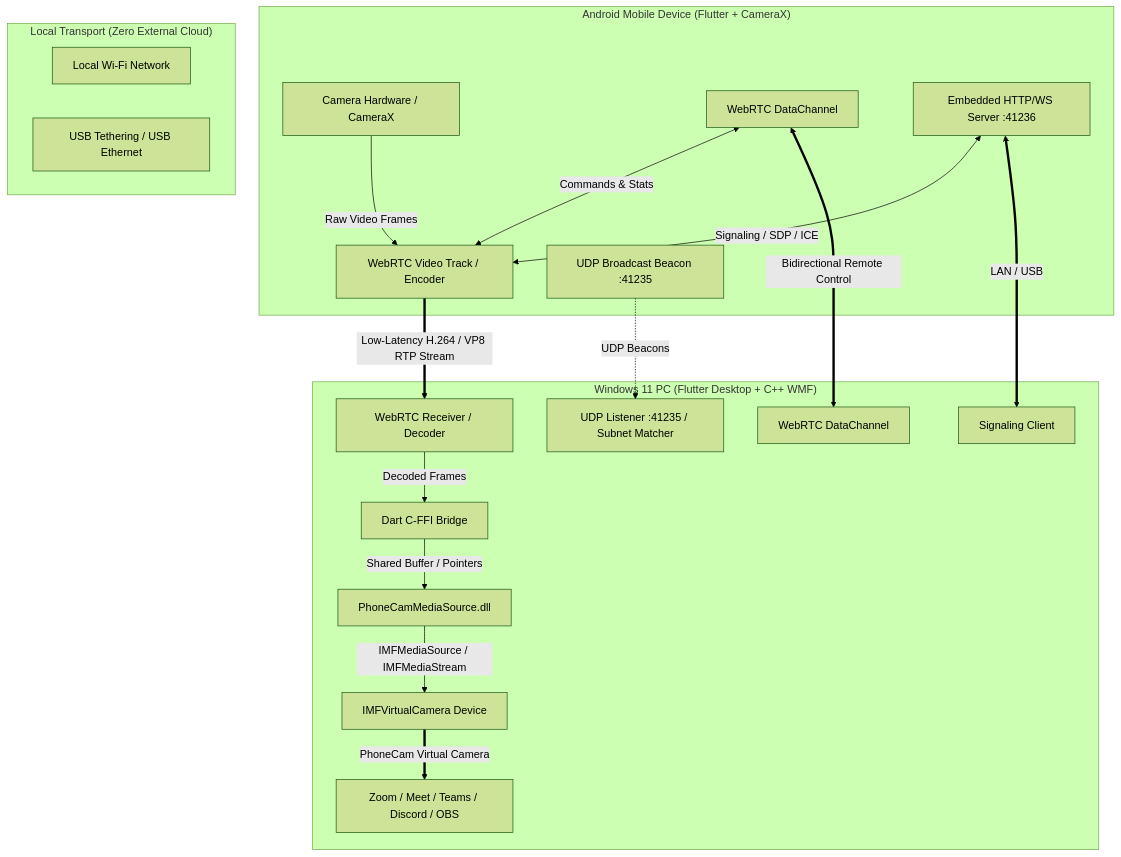
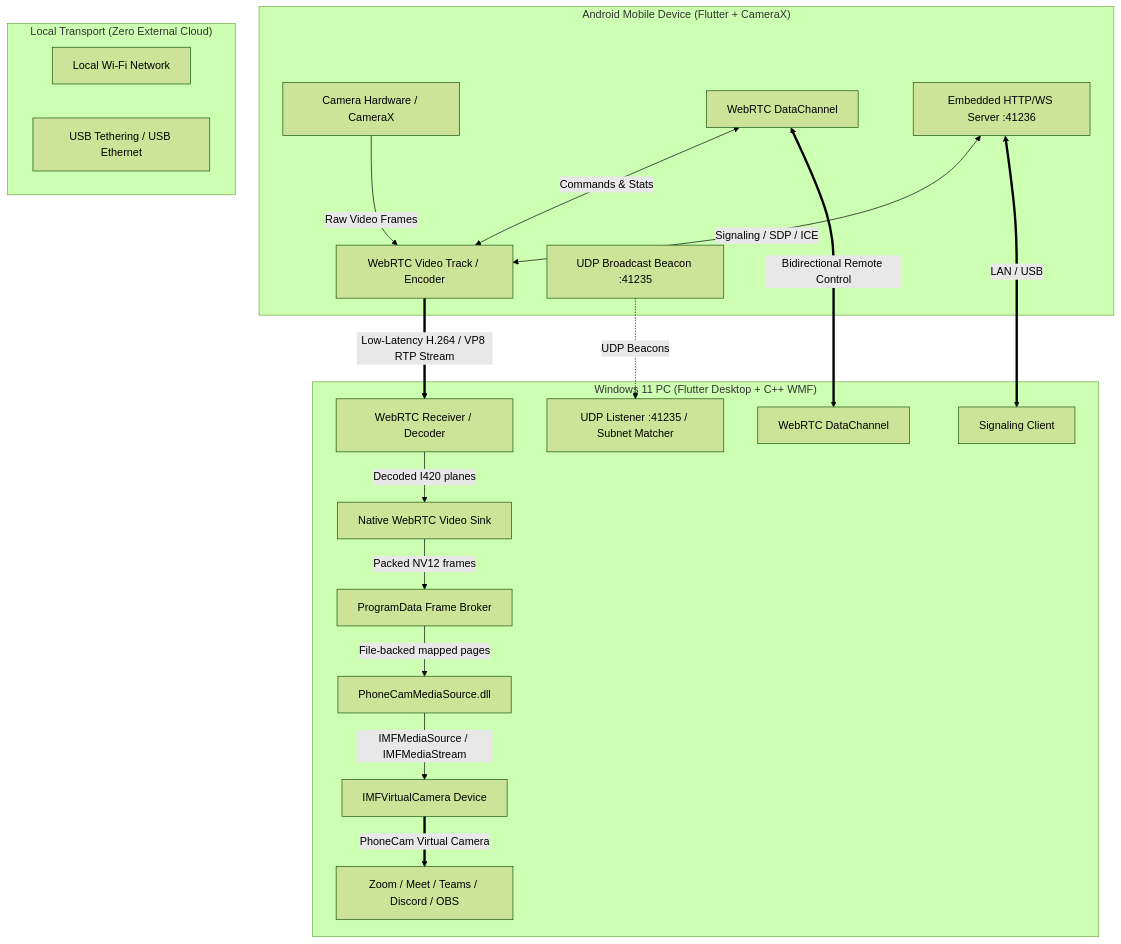
One commit to codepdbh/phonecam changed the diagram in docs/architecture.md. Above: the diagram before and after it, drawn with Mermaid (forest theme). The commit also changed other lines of this file and 210 other files, not shown here.

````diff
--- a/docs/architecture.md
+++ b/docs/architecture.md
@@ -5,34 +5,36 @@
 ```mermaid
 graph TD
     subgraph Android["Android Mobile Device (Flutter + CameraX)"]
         CamX[Camera Hardware / CameraX] -->|Raw Video Frames| WRTC_S[WebRTC Video Track / Encoder]
         DC_S[WebRTC DataChannel] <-->|Commands & Stats| WRTC_S
         SIG_S[Embedded HTTP/WS Server :41236] <-->|Signaling / SDP / ICE| WRTC_S
         DISC_S[UDP Broadcast Beacon :41235]
     end
 
     subgraph Transport["Local Transport (Zero External Cloud)"]
         LAN_WIFI[Local Wi-Fi Network]
         USB_TETH[USB Tethering / USB Ethernet]
     end
 
     subgraph Windows["Windows 11 PC (Flutter Desktop + C++ WMF)"]
         DISC_C[UDP Listener :41235 / Subnet Matcher]
         SIG_C[Signaling Client]
         WRTC_R[WebRTC Receiver / Decoder]
         DC_C[WebRTC DataChannel]
-        FFI[Dart C-FFI Bridge]
+        SINK[Native WebRTC Video Sink]
+        BROKER[ProgramData Frame Broker]
         WMF_DLL[PhoneCamMediaSource.dll]
         VIRT_CAM[IMFVirtualCamera Device]
         APPS[Zoom / Meet / Teams / Discord / OBS]
     end
 
     DISC_S -.->|UDP Beacons| DISC_C
     SIG_S <==>|LAN / USB| SIG_C
     WRTC_S ==>|Low-Latency H.264 / VP8 RTP Stream| WRTC_R
     DC_S <==>|Bidirectional Remote Control| DC_C
-    WRTC_R -->|Decoded Frames| FFI
-    FFI -->|Shared Buffer / Pointers| WMF_DLL
+    WRTC_R -->|Decoded I420 planes| SINK
+    SINK -->|Packed NV12 frames| BROKER
+    BROKER -->|File-backed mapped pages| WMF_DLL
     WMF_DLL -->|IMFMediaSource / IMFMediaStream| VIRT_CAM
     VIRT_CAM ==>|PhoneCam Virtual Camera| APPS
 ```
````
